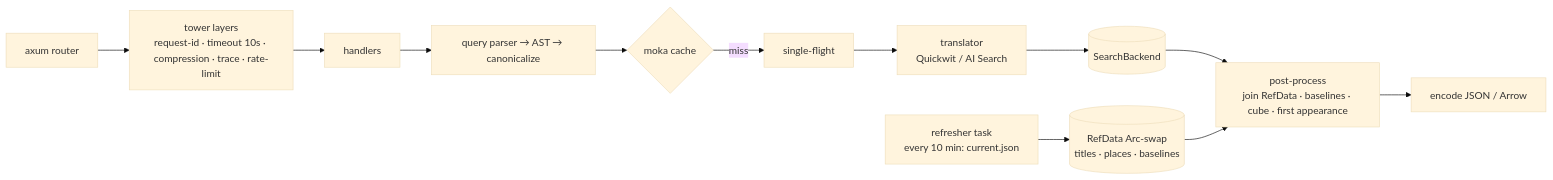
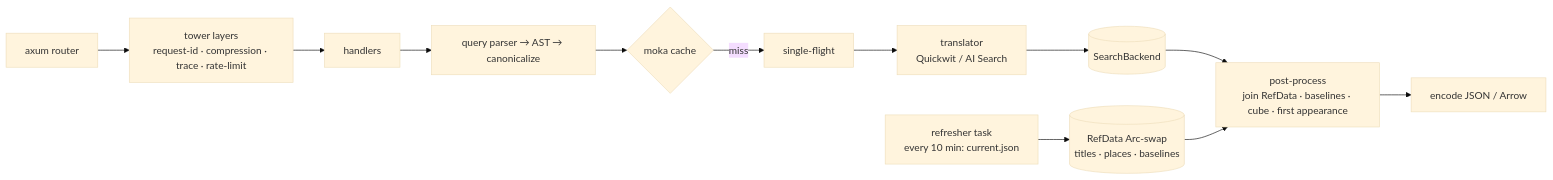
One commit to tgoodyear/usnewsmap.com changed the diagram in docs/design/06-api-design.md. Above: the diagram before and after it, drawn with Mermaid (base theme). The commit also changed other lines of this file and 33 other files, not shown here.

````diff
--- a/docs/design/06-api-design.md
+++ b/docs/design/06-api-design.md
@@ -262,14 +277,14 @@
 ```mermaid
 flowchart LR
-  R[axum router] --> MW[tower layers<br/>request-id · timeout 10s · compression · trace · rate-limit]
+  R[axum router] --> MW[tower layers<br/>request-id · compression · trace · rate-limit]
   MW --> H[handlers]
   H --> P[query parser → AST → canonicalize]
   P --> C{moka cache}
   C -- miss --> SF[single-flight]
   SF --> T[translator<br/>Quickwit / AI Search]
   T --> BE[(SearchBackend)]
   BE --> PP[post-process<br/>join RefData · baselines · cube · first appearance]
   PP --> ENC[encode JSON / Arrow]
   RD[(RefData Arc-swap<br/>titles · places · baselines)] --> PP
   W[refresher task<br/>every 10 min: current.json] --> RD
 ```
````
